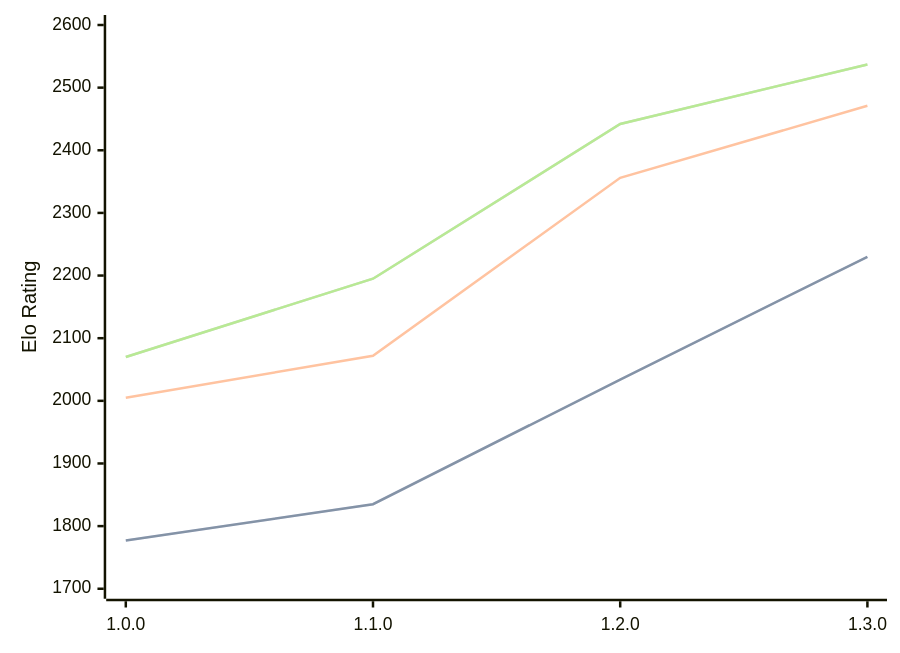
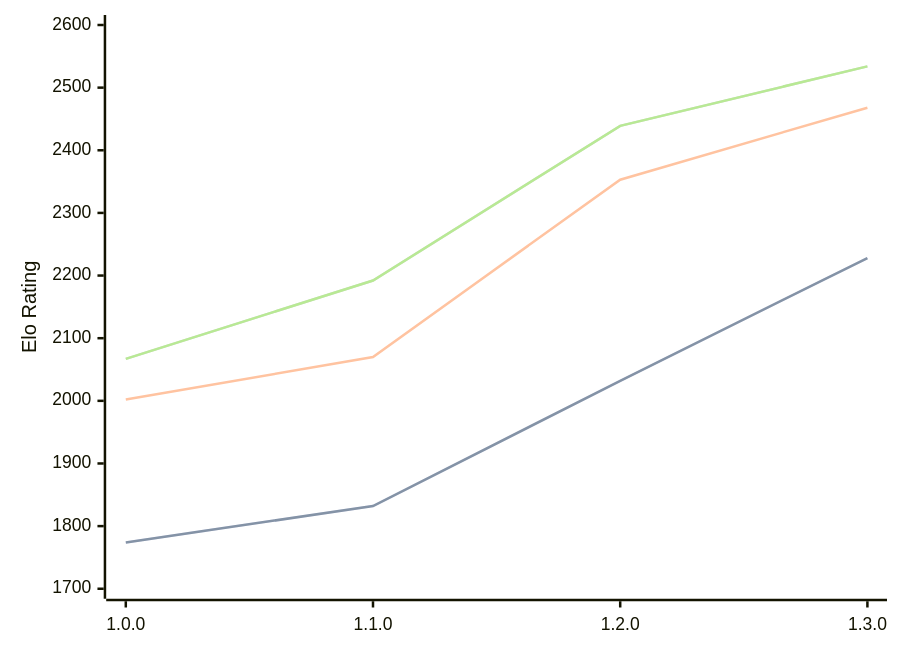
The diagram in engines/Anodos.md (computer-chess-index/cci), drawn with Mermaid before and after one commit. The commit also changed other lines of this file, not shown here.

Commit message:
Update CCI Ratings (ELO VLTC) - 2026-03-11

````diff
--- a/engines/Anodos.md
+++ b/engines/Anodos.md
@@ -43,11 +43,11 @@
 ```mermaid
 %%{init: {"theme":"base","themeVariables":{"seriesColors:['#a3a3a3','#222221','#faa371']}}}%%
 xychart-beta
   x-axis ["1.0.0", "1.1.0", "1.2.0", "1.3.0"]
   y-axis "Elo Rating" 1700 --> 2600
-  line "STC (8.0+0.08s)" [1777, 1835, 2034, 2230]
-  line "STC (8.0+0.08s)" [1777, 1835, 2034, 2230]
-  line "LTC (60.0+0.60s)" [2005, 2072, 2356, 2471]
-  line "VLTC (2m24s+1.12s)" [2070, 2195, 2442, 2537]
-  line "VLTC (2m24s+1.12s)" [2070, 2195, 2442, 2537]
+  line "STC (8.0+0.08s)" [1774, 1832, 2032, 2228]
+  line "STC (8.0+0.08s)" [1774, 1832, 2032, 2228]
+  line "LTC (60.0+0.60s)" [2002, 2070, 2353, 2468]
+  line "VLTC (2m24s+1.12s)" [2067, 2192, 2439, 2534]
+  line "VLTC (2m24s+1.12s)" [2067, 2192, 2439, 2534]
 ```
````
